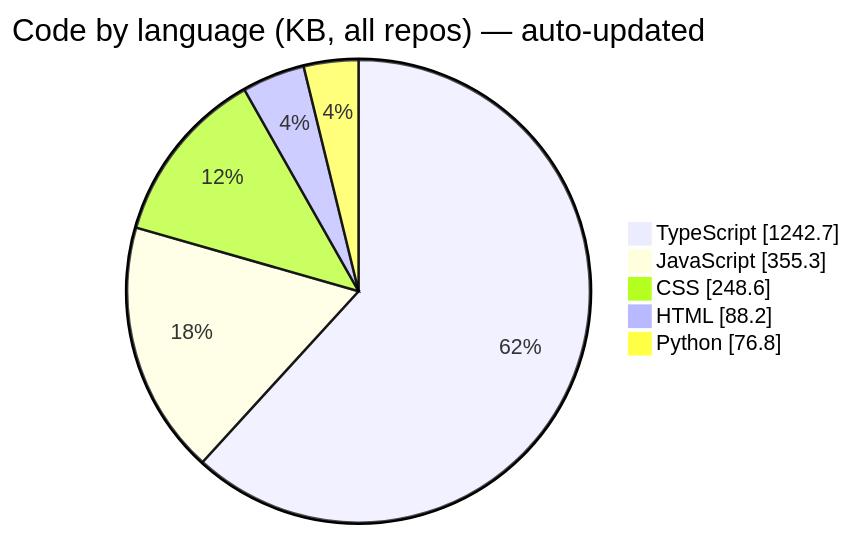
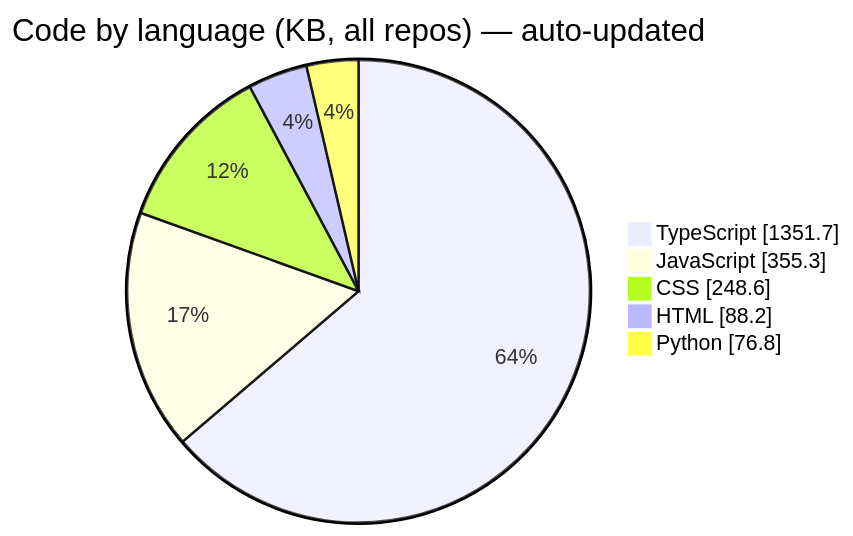
The third of 6 diagrams in README.md (Manashjyoti-Bora/Manashjyoti-Bora), drawn with Mermaid before and after one commit. The commit also changed other lines of this file and 2 other files, not shown here.

````diff
--- a/README.md
+++ b/README.md
@@ -196,9 +196,9 @@
 ```mermaid
 pie showData
     title Code by language (KB, all repos) — auto-updated
-    "TypeScript" : 1242.7
+    "TypeScript" : 1351.7
     "JavaScript" : 355.3
     "CSS" : 248.6
     "HTML" : 88.2
     "Python" : 76.8
 ```
````
